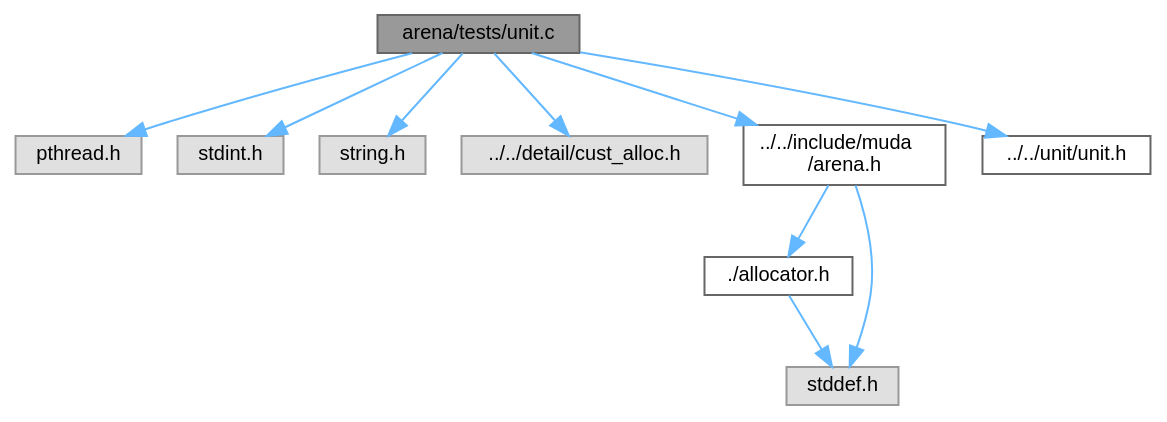
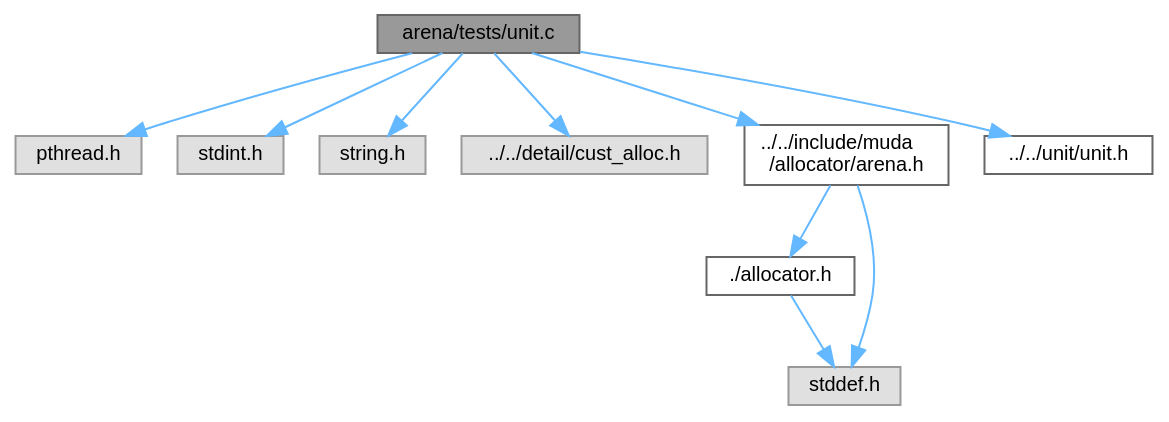
One commit to segfreak/muda changed the diagram in docs/d8/df7/arena_2tests_2unit_8c__incl.dot. Above: the diagram before and after it, drawn with Graphviz. The commit also changed 122 other files, not shown here.

```diff
--- a/docs/d8/df7/arena_2tests_2unit_8c__incl.dot
+++ b/docs/d8/df7/arena_2tests_2unit_8c__incl.dot
@@ -1,25 +1,25 @@
 digraph "arena/tests/unit.c"
 {
  // LATEX_PDF_SIZE
   bgcolor="transparent";
   edge [fontname=Helvetica,fontsize=10,labelfontname=Helvetica,labelfontsize=10];
   node [fontname=Helvetica,fontsize=10,shape=box,height=0.2,width=0.4];
   Node1 [id="Node000001",label="arena/tests/unit.c",height=0.2,width=0.4,color="gray40", fillcolor="grey60", style="filled", fontcolor="black",tooltip=" "];
   Node1 -> Node2 [id="edge1_Node000001_Node000002",color="steelblue1",style="solid",tooltip=" "];
   Node2 [id="Node000002",label="pthread.h",height=0.2,width=0.4,color="grey60", fillcolor="#E0E0E0", style="filled",tooltip=" "];
   Node1 -> Node3 [id="edge2_Node000001_Node000003",color="steelblue1",style="solid",tooltip=" "];
   Node3 [id="Node000003",label="stdint.h",height=0.2,width=0.4,color="grey60", fillcolor="#E0E0E0", style="filled",tooltip=" "];
   Node1 -> Node4 [id="edge3_Node000001_Node000004",color="steelblue1",style="solid",tooltip=" "];
   Node4 [id="Node000004",label="string.h",height=0.2,width=0.4,color="grey60", fillcolor="#E0E0E0", style="filled",tooltip=" "];
   Node1 -> Node5 [id="edge4_Node000001_Node000005",color="steelblue1",style="solid",tooltip=" "];
   Node5 [id="Node000005",label="../../detail/cust_alloc.h",height=0.2,width=0.4,color="grey60", fillcolor="#E0E0E0", style="filled",tooltip=" "];
   Node1 -> Node6 [id="edge5_Node000001_Node000006",color="steelblue1",style="solid",tooltip=" "];
-  Node6 [id="Node000006",label="../../include/muda\l/arena.h",height=0.2,width=0.4,color="grey40", fillcolor="white", style="filled",URL="$da/d0c/arena_8h.html",tooltip="Arena-style memory allocator."];
+  Node6 [id="Node000006",label="../../include/muda\l/allocator/arena.h",height=0.2,width=0.4,color="grey40", fillcolor="white", style="filled",URL="$da/d0c/arena_8h.html",tooltip="Arena-style memory allocator."];
   Node6 -> Node7 [id="edge6_Node000006_Node000007",color="steelblue1",style="solid",tooltip=" "];
   Node7 [id="Node000007",label="./allocator.h",height=0.2,width=0.4,color="grey40", fillcolor="white", style="filled",URL="$da/da9/allocator_8h.html",tooltip="Custom allocator function type definitions for MUDA."];
   Node7 -> Node8 [id="edge7_Node000007_Node000008",color="steelblue1",style="solid",tooltip=" "];
   Node8 [id="Node000008",label="stddef.h",height=0.2,width=0.4,color="grey60", fillcolor="#E0E0E0", style="filled",tooltip=" "];
   Node6 -> Node8 [id="edge8_Node000006_Node000008",color="steelblue1",style="solid",tooltip=" "];
   Node1 -> Node9 [id="edge9_Node000001_Node000009",color="steelblue1",style="solid",tooltip=" "];
   Node9 [id="Node000009",label="../../unit/unit.h",height=0.2,width=0.4,color="grey40", fillcolor="white", style="filled",URL="$d1/da2/unit_8h.html",tooltip=" "];
 }
```
